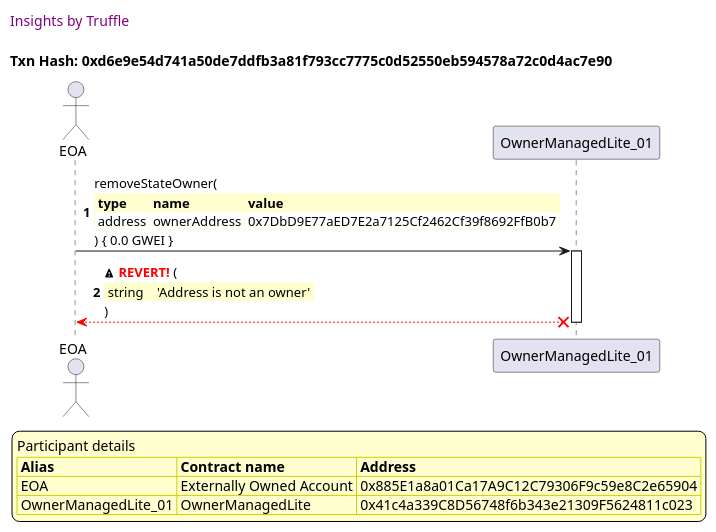
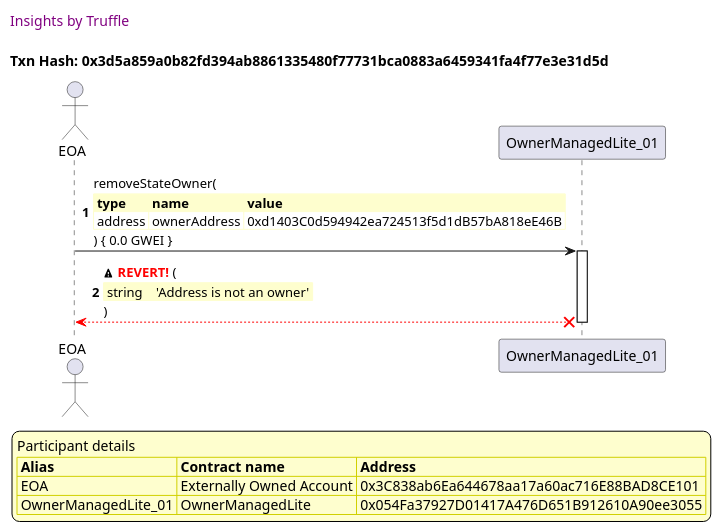
The sixth of 49 diagrams in truffle-seq/OwnerManagedLite_test_remove_owner.md (thedarkjester/ConsensysAssignment), drawn with PlantUML before and after one commit. The commit also changed other lines of this file and 13 other files, not shown here.

````diff
--- a/truffle-seq/OwnerManagedLite_test_remove_owner.md
+++ b/truffle-seq/OwnerManagedLite_test_remove_owner.md
@@ -247,43 +247,43 @@
 ```plantuml
 
 
 @startuml
 
 autonumber
 skinparam legendBackgroundColor #FEFECE
 
 <style>
       header {
         HorizontalAlignment left
         FontColor purple
         FontSize 14
         Padding 10
       }
     </style>
 
 header Insights by Truffle
 
-title Txn Hash: 0xd6e9e54d741a50de7ddfb3a81f793cc7775c0d52550eb594578a72c0d4ac7e90
+title Txn Hash: 0x3d5a859a0b82fd394ab8861335480f77731bca0883a6459341fa4f77e3e31d5d
 
 
 actor EOA as "EOA"
 participant OwnerManagedLite_01 as "OwnerManagedLite_01"
 
 "EOA" -> "OwnerManagedLite_01" ++: removeStateOwner(\n\
 <#FEFECE,#FEFECE>|= type |= name |= value |\n\
-| address | ownerAddress | 0x7DbD9E77aED7E2a7125Cf2462Cf39f8692FfB0b7 |\n\
+| address | ownerAddress | 0xd1403C0d594942ea724513f5d1dB57bA818eE46B |\n\
 ) { 0.0 GWEI }
 "OwnerManagedLite_01" x-[#red]-> "EOA" --: <&warning> <color #red>**REVERT!**</color> (\n\
 <#FEFECE,#FEFECE>| string |  | 'Address is not an owner' |\n\
 )
 deactivate "OwnerManagedLite_01"
 
 legend
 Participant details
 <#FEFECE,#D0D000>|= Alias |= Contract name |= Address |
-<#FEFECE>| EOA | Externally Owned Account | 0x885E1a8a01Ca17A9C12C79306F9c59e8C2e65904 |
-<#FEFECE>| OwnerManagedLite_01 | OwnerManagedLite | 0x41c4a339C8D56748f6b343e21309F5624811c023 |
+<#FEFECE>| EOA | Externally Owned Account | 0x3C838ab6Ea644678aa17a60ac716E88BAD8CE101 |
+<#FEFECE>| OwnerManagedLite_01 | OwnerManagedLite | 0x054Fa37927D01417A476D651B912610A90ee3055 |
 endlegend
 
 @enduml
 ```
````
